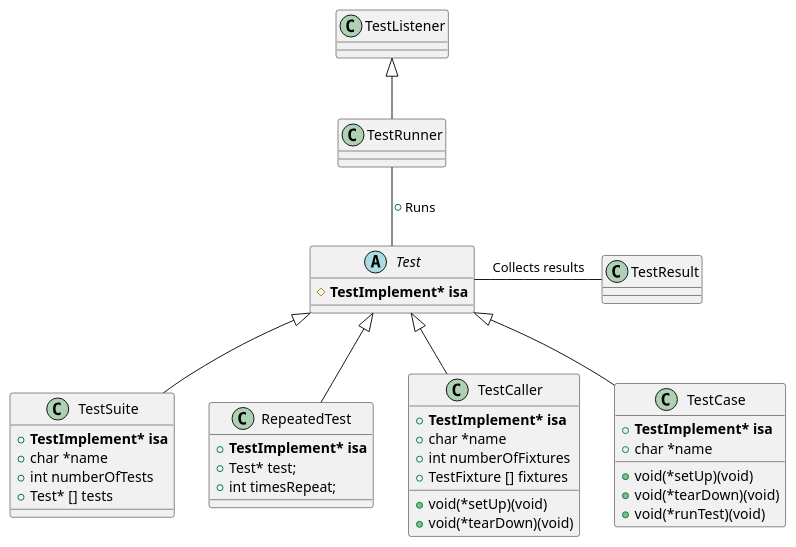
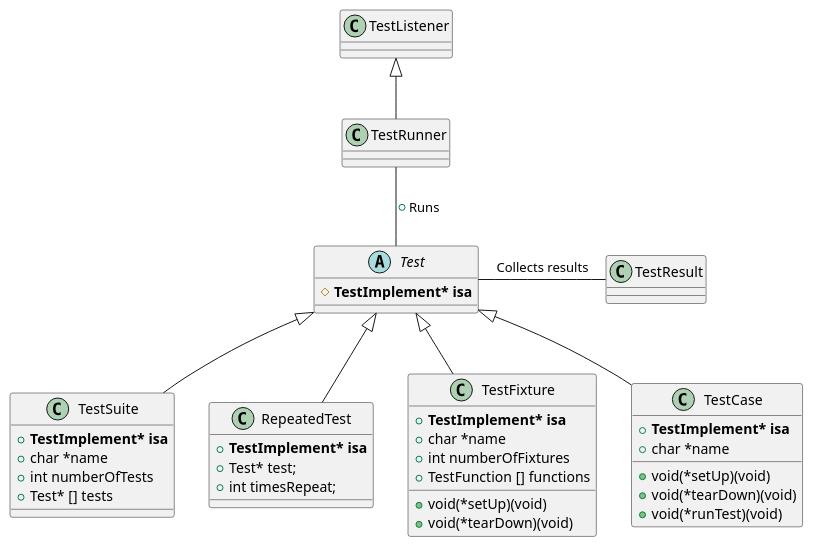
Before and after one commit to bavovanachte/EmbeddedUnit: the diagram in docs/source/writing_tests.rst, drawn with PlantUML. The commit also changed other lines of this file and 10 other files, not shown here.

```diff
--- a/docs/source/writing_tests.rst
+++ b/docs/source/writing_tests.rst
@@ -6,42 +6,42 @@
 .. uml::
 
    @startuml
 
    abstract Test {
       # <b>TestImplement* isa</b>
    }
    class TestSuite {
       + <b>TestImplement* isa</b>
 	   + char *name
 	   + int numberOfTests
 	   + Test* [] tests
    }
    class RepeatedTest {
       + <b>TestImplement* isa</b>
 	   + Test* test;
 	   + int timesRepeat;
    }
-   class TestCaller {
+   class TestFixture {
       + <b>TestImplement* isa</b>
 	   + char *name
 	   + void(*setUp)(void)
 	   + void(*tearDown)(void)
 	   + int numberOfFixtures
-	   + TestFixture [] fixtures
+	   + TestFunction [] functions
    }
    class TestCase {
       + <b>TestImplement* isa</b>
 	   + char *name
 	   + void(*setUp)(void)
 	   + void(*tearDown)(void)
 	   + void(*runTest)(void)
    }
 
    TestListener <|-- TestRunner
    TestRunner -- Test: +Runs
    Test - TestResult: Collects results
    Test <|-- TestSuite
    Test <|-- RepeatedTest
-   Test <|-- TestCaller
+   Test <|-- TestFixture
    Test <|-- TestCase
    @enduml
```
